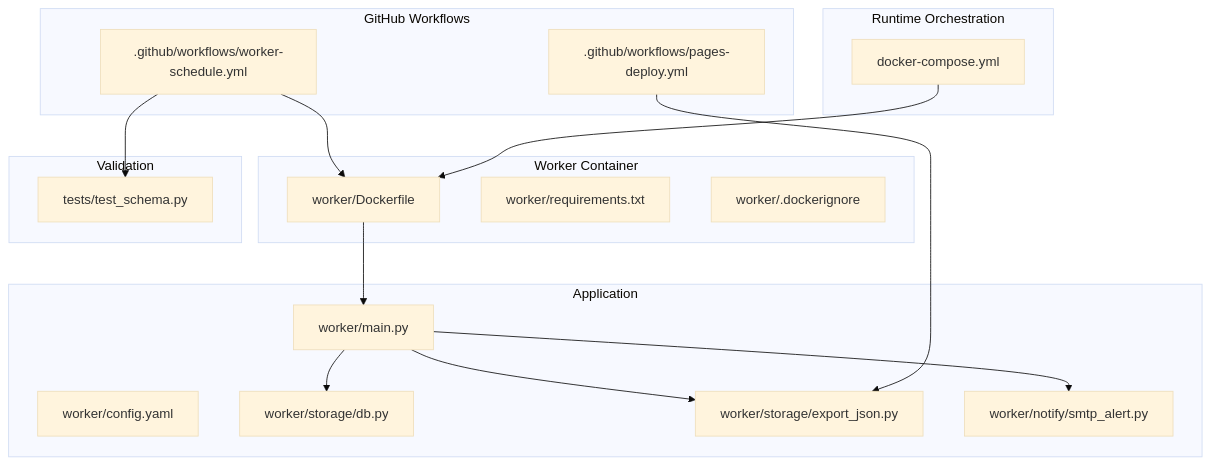
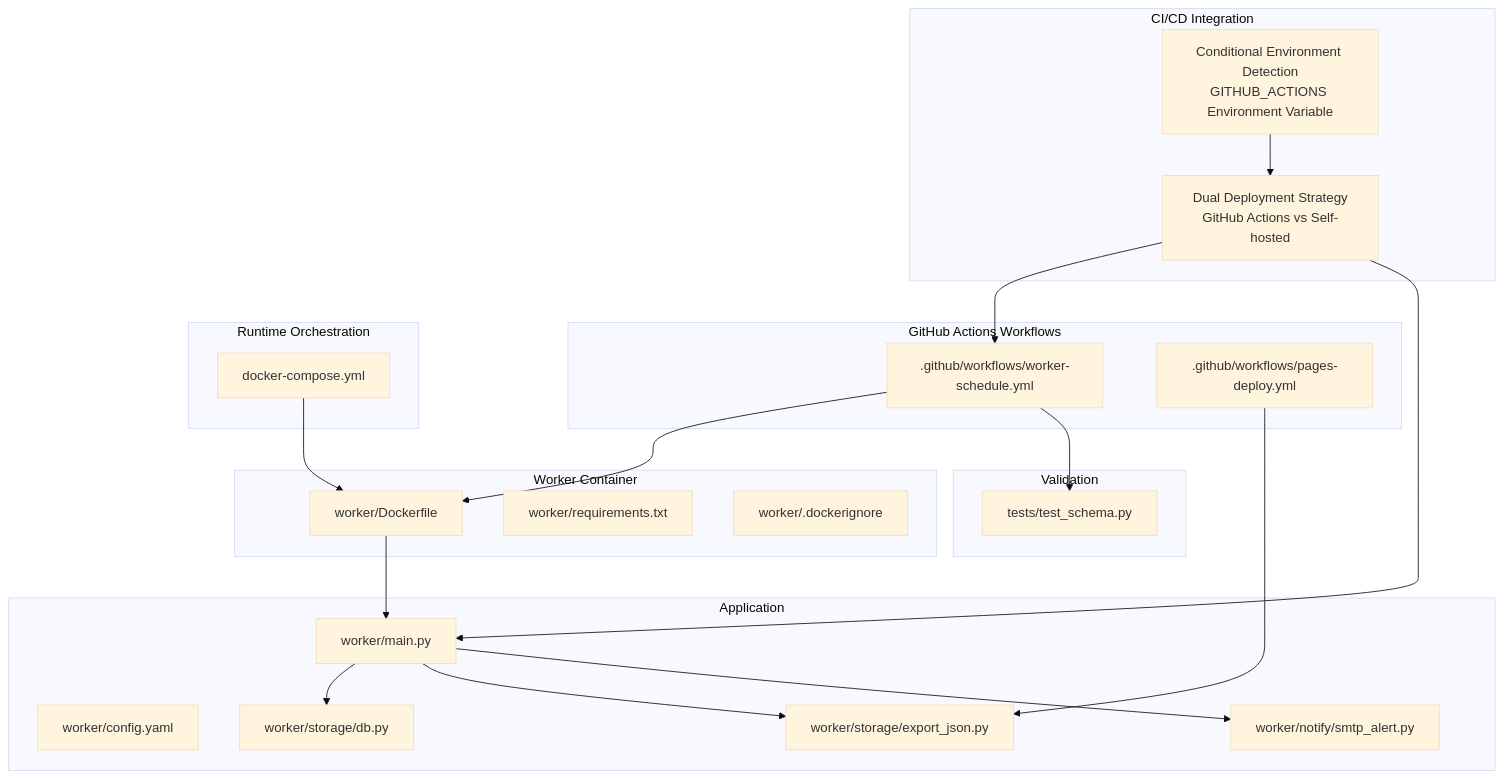
Before and after one commit to shakthi-vinayak/news: the first of 9 diagrams in .qoder/repowiki/en/content/Automation and Deployment/CI_CD Pipelines.md, drawn with Mermaid (base theme). The commit also changed other lines of this file and 55 other files, not shown here.

````diff
--- a/.qoder/repowiki/en/content/Automation and Deployment/CI_CD Pipelines.md
+++ b/.qoder/repowiki/en/content/Automation and Deployment/CI_CD Pipelines.md
@@ -46,33 +54,40 @@
 ```mermaid
 graph TB
-subgraph "GitHub Workflows"
+subgraph "GitHub Actions Workflows"
 A[".github/workflows/worker-schedule.yml"]
 B[".github/workflows/pages-deploy.yml"]
 end
 subgraph "Worker Container"
 C["worker/Dockerfile"]
 D["worker/requirements.txt"]
 E["worker/.dockerignore"]
 end
 subgraph "Runtime Orchestration"
 F["docker-compose.yml"]
 end
 subgraph "Application"
 G["worker/main.py"]
 H["worker/config.yaml"]
 I["worker/storage/db.py"]
 J["worker/storage/export_json.py"]
 K["worker/notify/smtp_alert.py"]
 end
 subgraph "Validation"
 L["tests/test_schema.py"]
 end
+subgraph "CI/CD Integration"
+M["Conditional Environment Detection<br/>GITHUB_ACTIONS Environment Variable"]
+N["Dual Deployment Strategy<br/>GitHub Actions vs Self-hosted"]
+end
 A --> C
 C --> G
 G --> I
 G --> J
 G --> K
 A --> L
 B --> J
 F --> C
+M --> N
+N --> A
+N --> G
 ```
````
